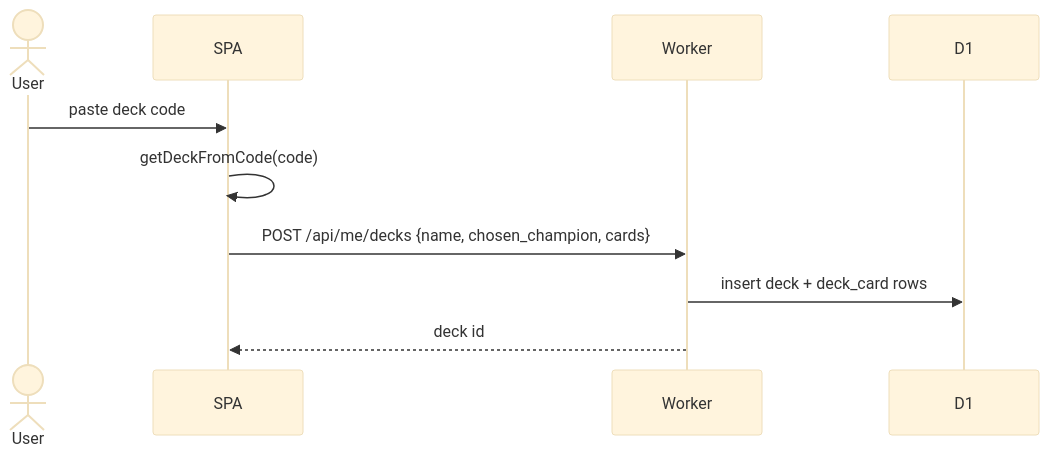
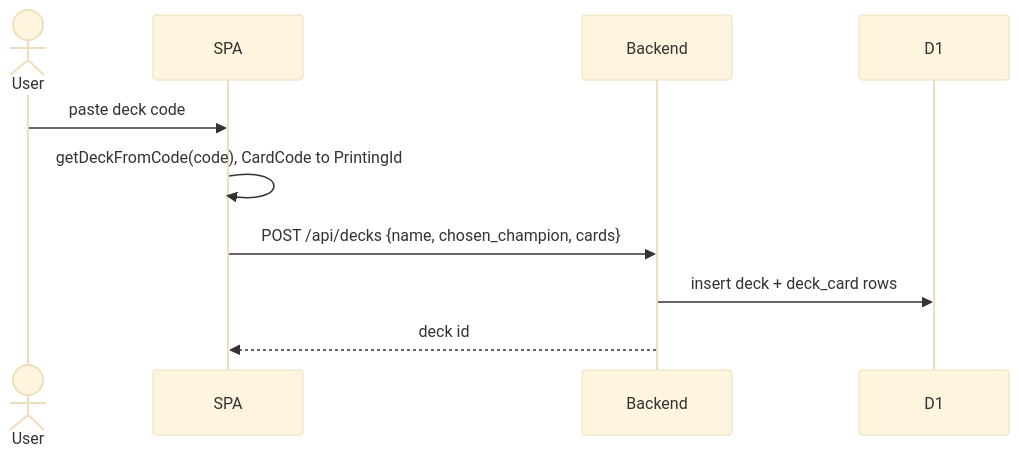
Before and after one commit to NichAnti/runebinder: the sixth of 7 diagrams in docs/03-data-and-flows.md, drawn with Mermaid (base theme). The commit also changed other lines of this file and 3 other files, not shown here.

````diff
--- a/docs/03-data-and-flows.md
+++ b/docs/03-data-and-flows.md
@@ -142,12 +188,12 @@
 ```mermaid
 sequenceDiagram
   actor U as User
   participant S as SPA
-  participant W as Worker
+  participant W as Backend
   participant DB as D1
   U->>S: paste deck code
-  S->>S: getDeckFromCode(code)
-  S->>W: POST /api/me/decks {name, chosen_champion, cards}
+  S->>S: getDeckFromCode(code), CardCode to PrintingId
+  S->>W: POST /api/decks {name, chosen_champion, cards}
   W->>DB: insert deck + deck_card rows
   W-->>S: deck id
 ```
````
